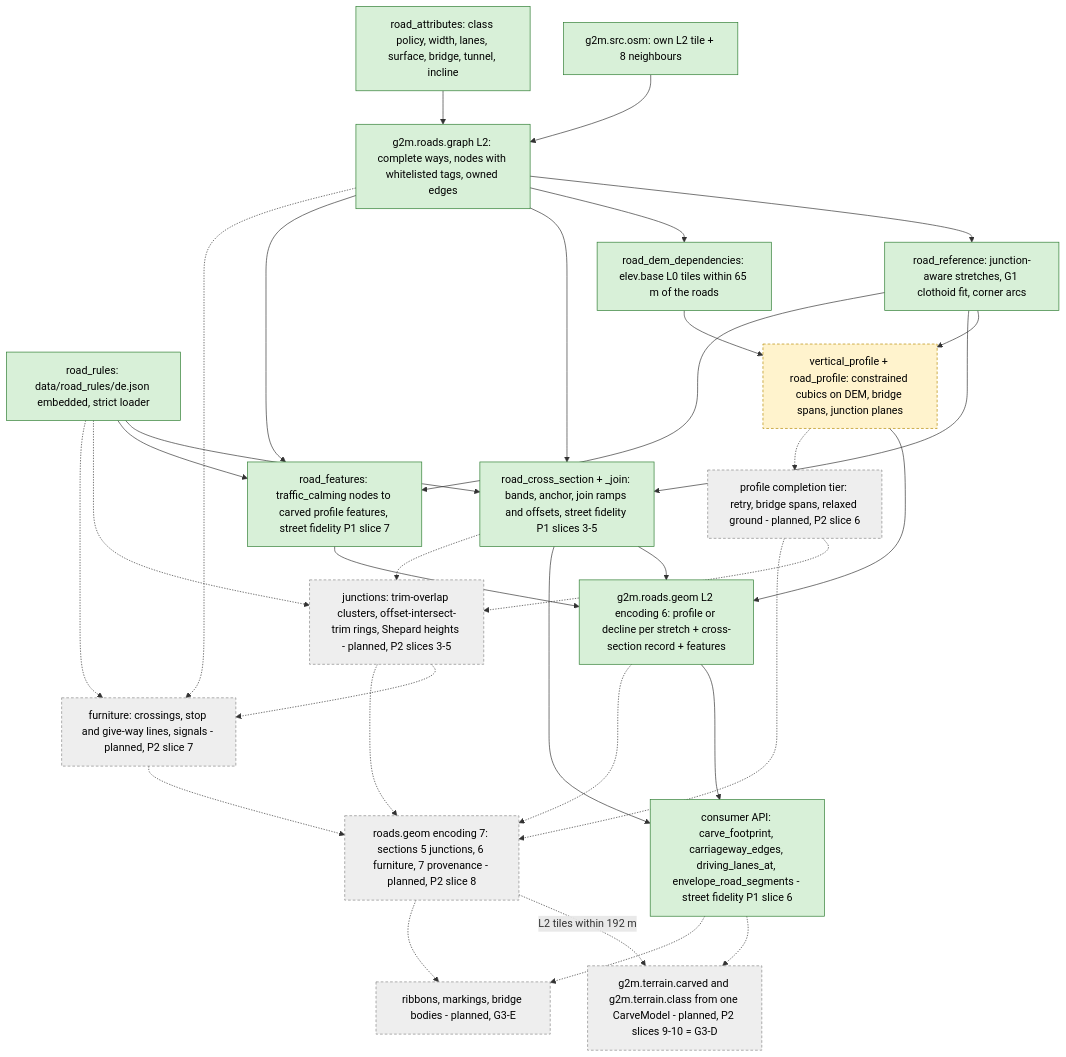
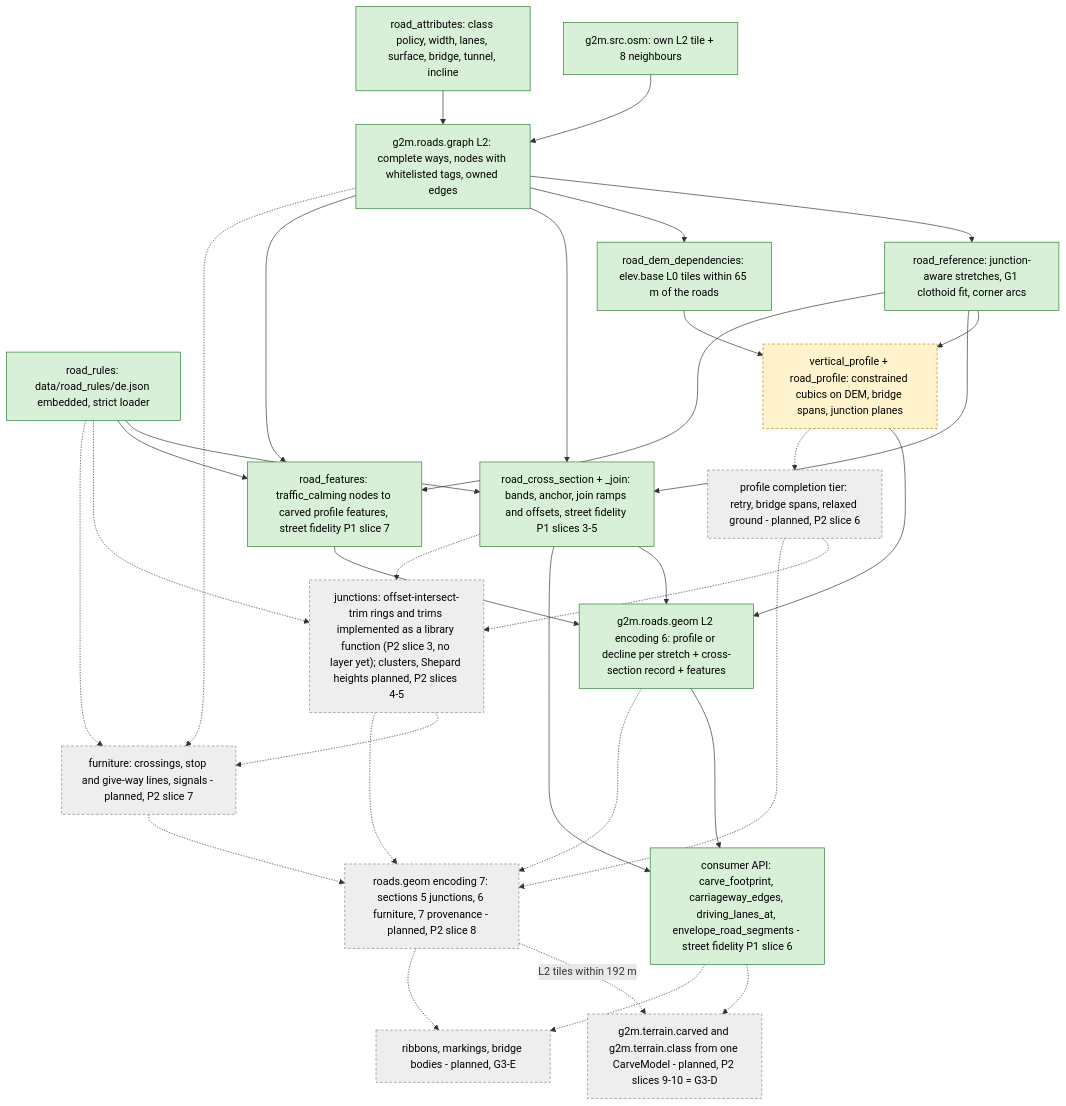
The diagram in docs/pipeline/roads.md (SebastianDanielFrenz/geo2map_engine), drawn with Mermaid before and after one commit. The commit also changed other lines of this file and 7 other files, not shown here.

````diff
--- a/docs/pipeline/roads.md
+++ b/docs/pipeline/roads.md
@@ -7,56 +7,56 @@
 ```mermaid
 flowchart TD
   OSM9["g2m.src.osm: own L2 tile + 8 neighbours"]
   ATTR["road_attributes: class policy, width, lanes, surface, bridge, tunnel, incline"]
   GRAPH["g2m.roads.graph L2: complete ways, nodes with whitelisted tags, owned edges"]
   RULES["road_rules: data/road_rules/de.json embedded, strict loader"]
   XS["road_cross_section + _join: bands, anchor, join ramps and offsets, street fidelity P1 slices 3-5"]
   API["consumer API: carve_footprint, carriageway_edges, driving_lanes_at, envelope_road_segments - street fidelity P1 slice 6"]
   REF["road_reference: junction-aware stretches, G1 clothoid fit, corner arcs"]
   DEMDEP["road_dem_dependencies: elev.base L0 tiles within 65 m of the roads"]
   PROF["vertical_profile + road_profile: constrained cubics on DEM, bridge spans, junction planes"]
   FEAT["road_features: traffic_calming nodes to carved profile features, street fidelity P1 slice 7"]
   GEOM["g2m.roads.geom L2 encoding 6: profile or decline per stretch + cross-section record + features"]
   COMPL["profile completion tier: retry, bridge spans, relaxed ground - planned, P2 slice 6"]
-  JUNC["junctions: trim-overlap clusters, offset-intersect-trim rings, Shepard heights - planned, P2 slices 3-5"]
+  JUNC["junctions: offset-intersect-trim rings and trims implemented as a library function (P2 slice 3, no layer yet); clusters, Shepard heights planned, P2 slices 4-5"]
   FURN["furniture: crossings, stop and give-way lines, signals - planned, P2 slice 7"]
   GEOM7["roads.geom encoding 7: sections 5 junctions, 6 furniture, 7 provenance - planned, P2 slice 8"]
   CARVE["g2m.terrain.carved and g2m.terrain.class from one CarveModel - planned, P2 slices 9-10 = G3-D"]
   RIB["ribbons, markings, bridge bodies - planned, G3-E"]
   OSM9 --> GRAPH
   ATTR --> GRAPH
   GRAPH --> REF --> PROF
   GRAPH --> DEMDEP --> PROF
   RULES --> XS
   GRAPH --> XS
   REF --> XS
   XS --> GEOM
   GRAPH --> FEAT
   REF --> FEAT
   RULES --> FEAT
   FEAT --> GEOM
   PROF --> GEOM
   XS --> API
   GEOM --> API
   PROF -.-> COMPL
   COMPL -.-> JUNC
   XS -.-> JUNC
   RULES -.-> JUNC
   JUNC -.-> FURN
   GRAPH -.-> FURN
   RULES -.-> FURN
   COMPL -.-> GEOM7
   JUNC -.-> GEOM7
   FURN -.-> GEOM7
   GEOM -.-> GEOM7
   GEOM7 -.->|"L2 tiles within 192 m"| CARVE
   API -.-> CARVE
   API -.-> RIB
   GEOM7 -.-> RIB
   classDef done fill:#d8f0d8,stroke:#2e7d32,color:#000;
   classDef part fill:#fff3cd,stroke:#b58900,stroke-dasharray:4 3,color:#000;
   classDef plan fill:#eeeeee,stroke:#888888,stroke-dasharray:4 3,color:#000;
   class OSM9,ATTR,GRAPH,REF,DEMDEP,GEOM,RULES,XS,API,FEAT done;
   class PROF part;
   class COMPL,JUNC,FURN,GEOM7,CARVE,RIB plan;
 ```
````
